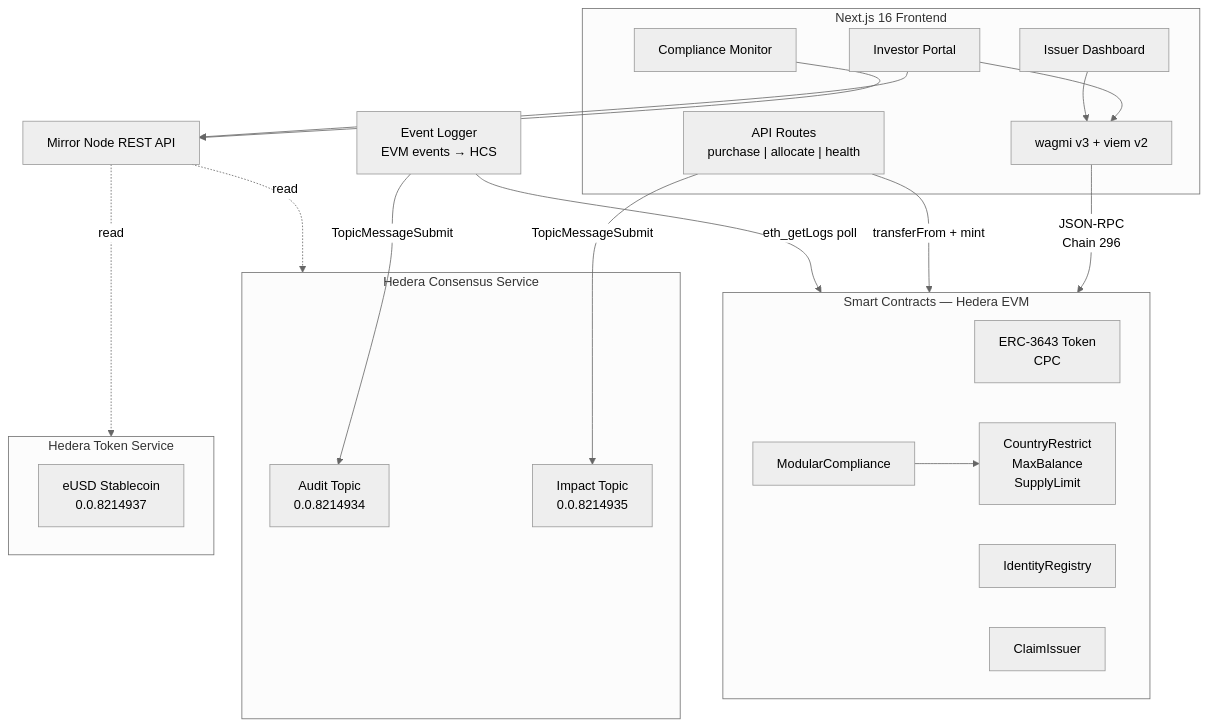
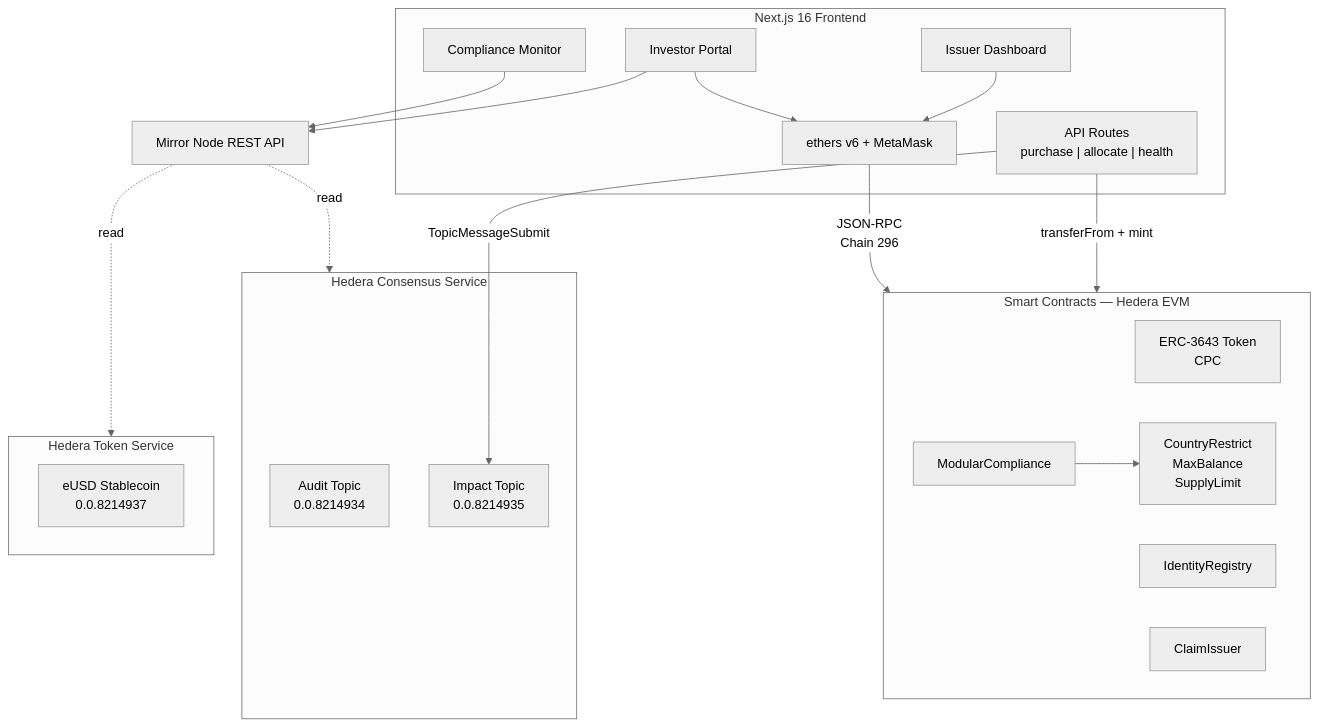
One commit to ad0ll/hedera-coppice changed the diagram in README.md. Above: the diagram before and after it, drawn with Mermaid (neutral theme). The commit also changed other lines of this file and 59 other files, not shown here.

Commit message:
Doc updates, ui fixes for demo, deprecate event logger (unused now)

````diff
--- a/README.md
+++ b/README.md
@@ -25,45 +25,41 @@
 ```mermaid
 graph TD
     subgraph Frontend["Next.js 16 Frontend"]
         IP["Investor Portal"]
         ID["Issuer Dashboard"]
         CM["Compliance Monitor"]
-        WV["wagmi v3 + viem v2"]
+        WV["ethers v6 + MetaMask"]
         API["API Routes\npurchase | allocate | health"]
     end
 
     subgraph SC["Smart Contracts — Hedera EVM"]
         Token["ERC-3643 Token\nCPC"]
         IR["IdentityRegistry"]
         MC["ModularCompliance"]
         CI["ClaimIssuer"]
         Modules["CountryRestrict\nMaxBalance\nSupplyLimit"]
     end
 
     subgraph HCS["Hedera Consensus Service"]
         Audit["Audit Topic\n0.0.8214934"]
         Impact["Impact Topic\n0.0.8214935"]
     end
 
     subgraph HTS["Hedera Token Service"]
         eUSD["eUSD Stablecoin\n0.0.8214937"]
     end
 
     MN["Mirror Node REST API"]
-    EL["Event Logger\nEVM events → HCS"]
 
     IP & ID --> WV
     WV -->|"JSON-RPC\nChain 296"| SC
     API -->|"transferFrom + mint"| SC
     API -->|"TopicMessageSubmit"| Impact
     CM --> MN
     IP --> MN
 
-    EL -->|"eth_getLogs poll"| SC
-    EL -->|"TopicMessageSubmit"| Audit
-
     MN -.->|"read"| HCS
     MN -.->|"read"| HTS
 
     MC --> Modules
 ```
````
